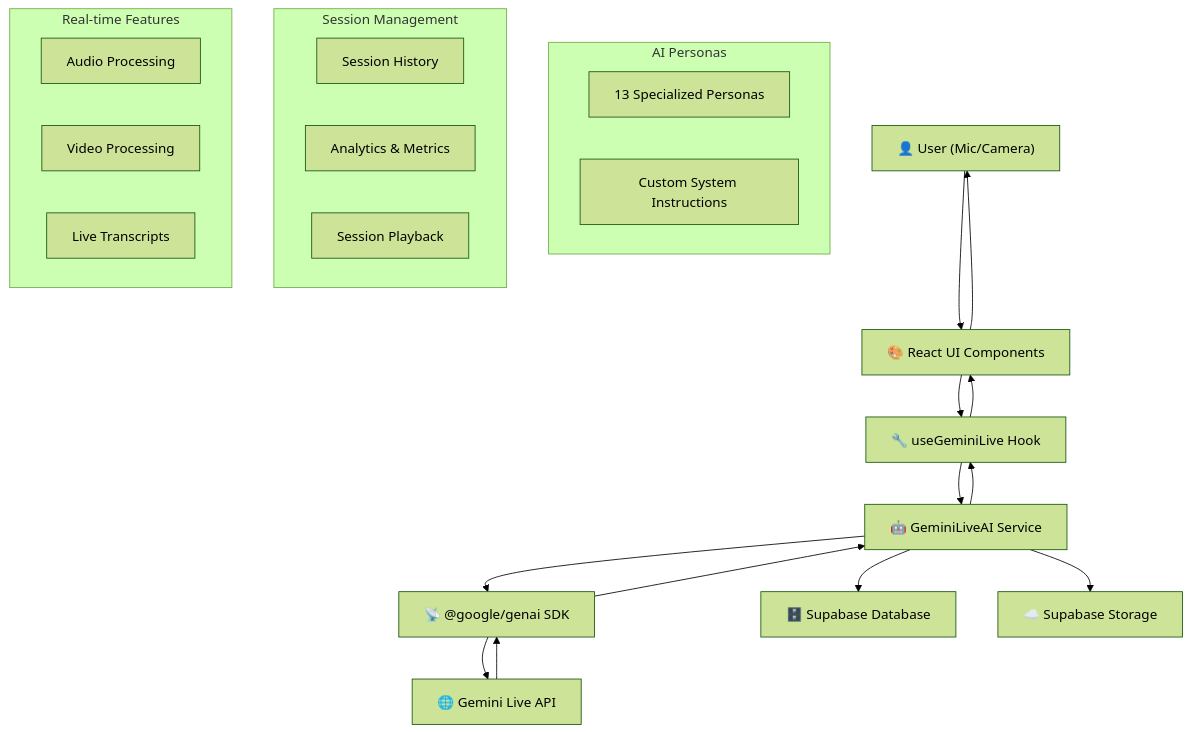
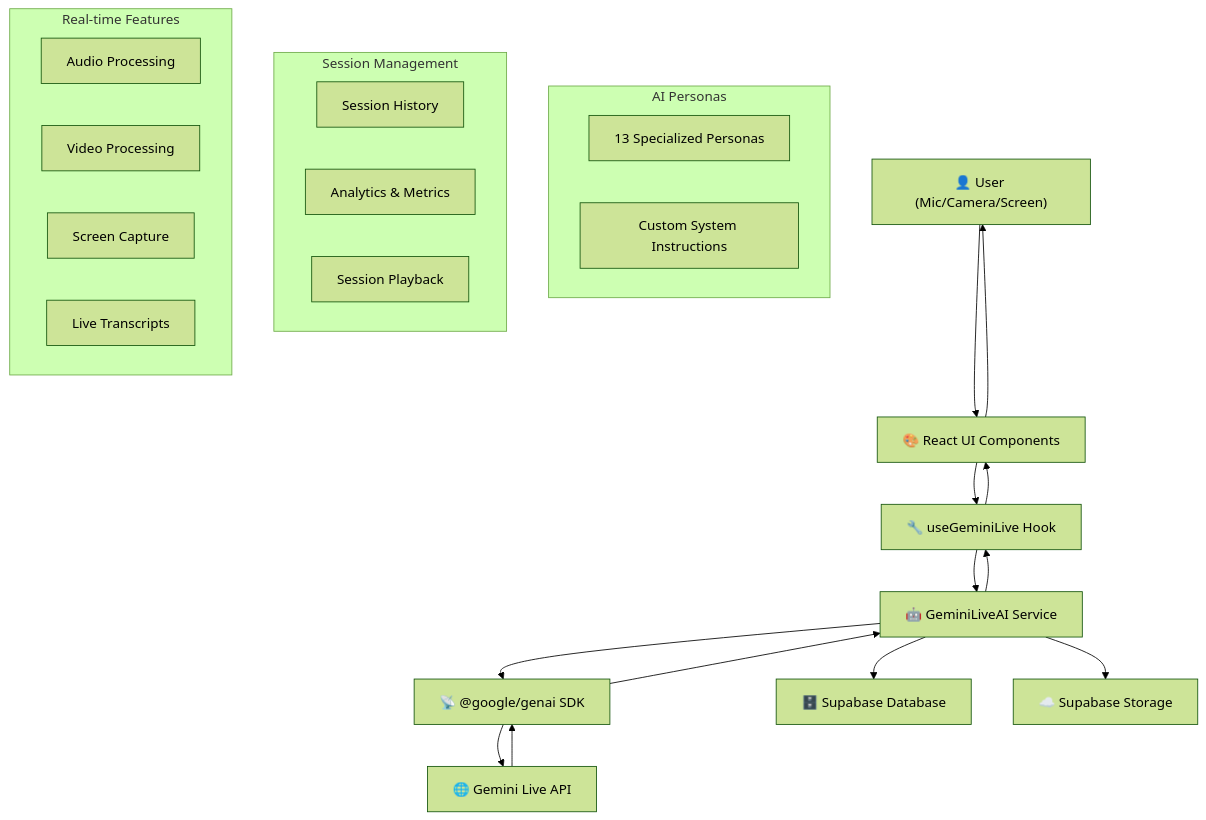
The diagram in README.md (bantoinese83/Gemini-Live-Assistant), drawn with Mermaid (forest theme) before and after one commit. The commit also changed other lines of this file and 1 other file, not shown here.

First line of the commit message:
feat: implement screen sharing with official Gemini Live API patterns

````diff
--- a/README.md
+++ b/README.md
@@ -60,42 +71,43 @@
 ```mermaid
 flowchart TD
-  User["👤 User (Mic/Camera)"]
+  User["👤 User (Mic/Camera/Screen)"]
   UI["🎨 React UI Components"]
   useGeminiLive["🔧 useGeminiLive Hook"]
   GeminiLiveAI["🤖 GeminiLiveAI Service"]
   GoogleGenAI["📡 @google/genai SDK"]
   GeminiAPI["🌐 Gemini Live API"]
   Supabase["🗄️ Supabase Database"]
   Storage["☁️ Supabase Storage"]
 
   User --> UI
   UI --> useGeminiLive
   useGeminiLive --> GeminiLiveAI
   GeminiLiveAI --> GoogleGenAI
   GoogleGenAI --> GeminiAPI
   GeminiAPI --> GoogleGenAI
   GoogleGenAI --> GeminiLiveAI
   GeminiLiveAI --> useGeminiLive
   useGeminiLive --> UI
   UI --> User
 
   GeminiLiveAI --> Supabase
   GeminiLiveAI --> Storage
 
   subgraph "AI Personas"
     Personas["13 Specialized Personas"]
     SystemInstructions["Custom System Instructions"]
   end
 
   subgraph "Session Management"
     SessionHistory["Session History"]
     Analytics["Analytics & Metrics"]
     Playback["Session Playback"]
   end
 
   subgraph "Real-time Features"
     AudioProcessing["Audio Processing"]
     VideoProcessing["Video Processing"]
+    ScreenCapture["Screen Capture"]
     Transcripts["Live Transcripts"]
   end
 ```
````
